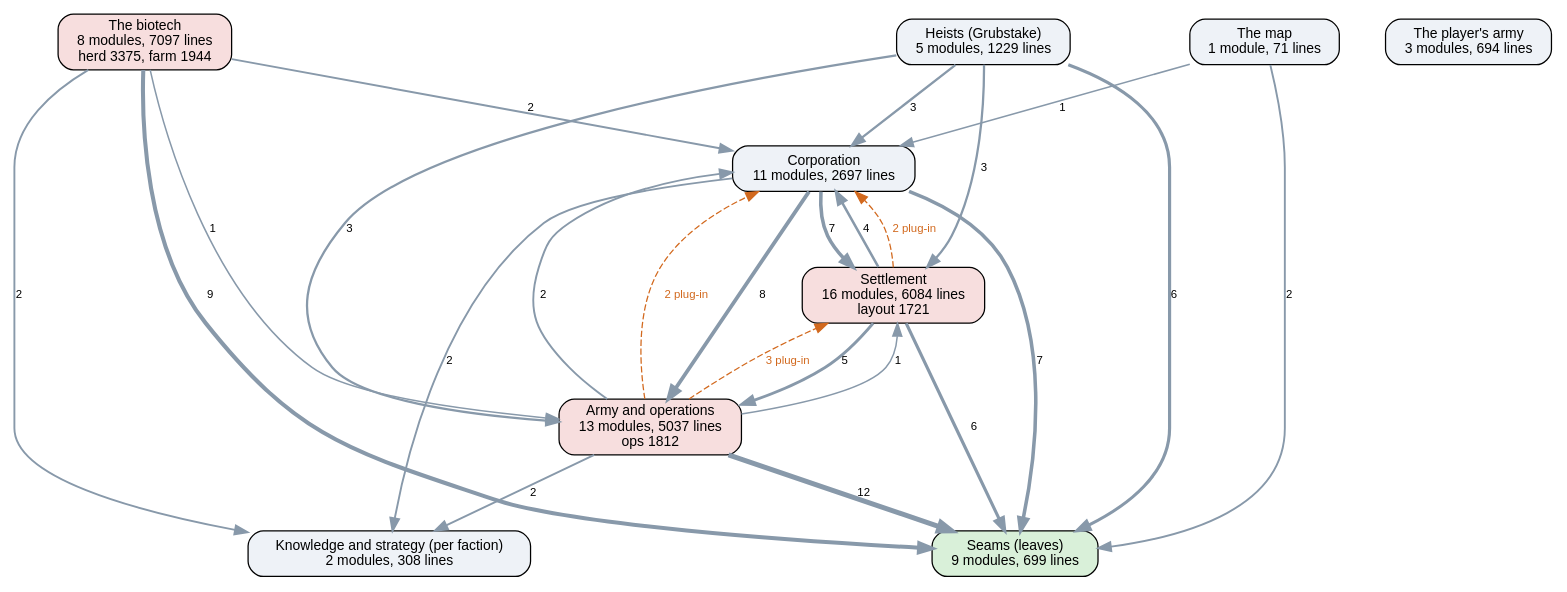
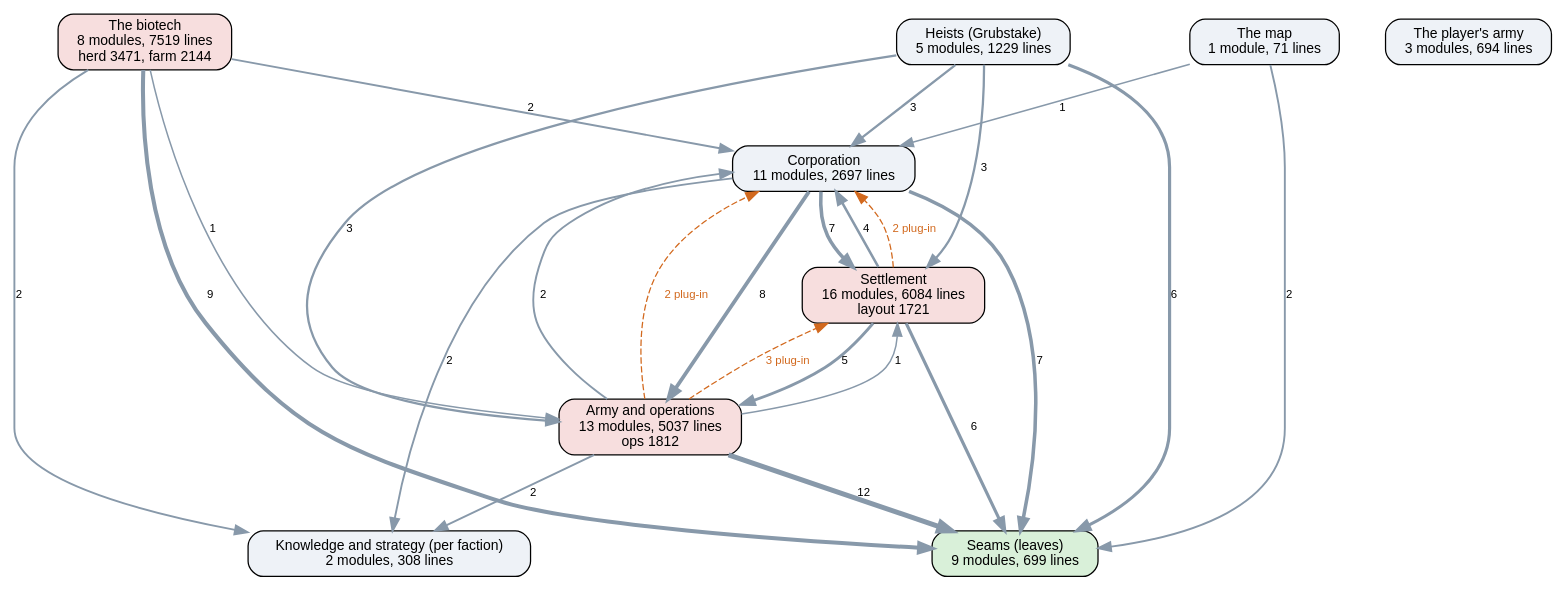
One commit to kinelhu/landing-party changed the diagram in docs/ai-layers.dot. Above: the diagram before and after it, drawn with Graphviz. The commit also changed 13 other files, not shown here.

```diff
--- a/docs/ai-layers.dot
+++ b/docs/ai-layers.dot
@@ -1,38 +1,38 @@
 digraph layers {
   graph [rankdir=TB, fontname="Helvetica", nodesep=0.5, ranksep=0.7];
   node [shape=box, style="rounded,filled", fontname="Helvetica", fontsize=11, fillcolor="#eef2f7"];
   edge [color="#8899aa", fontname="Helvetica", fontsize=9];
   "Seams (leaves)" [label="Seams (leaves)\n9 modules, 699 lines", fillcolor="#d9f0d9"];
   "Knowledge and strategy (per faction)" [label="Knowledge and strategy (per faction)\n2 modules, 308 lines", fillcolor="#eef2f7"];
   "Corporation" [label="Corporation\n11 modules, 2697 lines", fillcolor="#eef2f7"];
   "Settlement" [label="Settlement\n16 modules, 6084 lines\nlayout 1721", fillcolor="#f7dede"];
   "Army and operations" [label="Army and operations\n13 modules, 5037 lines\nops 1812", fillcolor="#f7dede"];
   "Heists (Grubstake)" [label="Heists (Grubstake)\n5 modules, 1229 lines", fillcolor="#eef2f7"];
-  "The biotech" [label="The biotech\n8 modules, 7097 lines\nherd 3375, farm 1944", fillcolor="#f7dede"];
+  "The biotech" [label="The biotech\n8 modules, 7519 lines\nherd 3471, farm 2144", fillcolor="#f7dede"];
   "The map" [label="The map\n1 module, 71 lines", fillcolor="#eef2f7"];
   "The player's army" [label="The player's army\n3 modules, 694 lines", fillcolor="#eef2f7"];
   "Army and operations" -> "Corporation" [label="2", penwidth=1.5];
   "Army and operations" -> "Knowledge and strategy (per faction)" [label="2", penwidth=1.5];
   "Army and operations" -> "Seams (leaves)" [label="12", penwidth=4.0];
   "Army and operations" -> "Settlement" [label="1", penwidth=1.2];
   "Corporation" -> "Army and operations" [label="8", penwidth=3.0];
   "Corporation" -> "Knowledge and strategy (per faction)" [label="2", penwidth=1.5];
   "Corporation" -> "Seams (leaves)" [label="7", penwidth=2.8];
   "Corporation" -> "Settlement" [label="7", penwidth=2.8];
   "Heists (Grubstake)" -> "Army and operations" [label="3", penwidth=1.8];
   "Heists (Grubstake)" -> "Corporation" [label="3", penwidth=1.8];
   "Heists (Grubstake)" -> "Seams (leaves)" [label="6", penwidth=2.5];
   "Heists (Grubstake)" -> "Settlement" [label="3", penwidth=1.8];
   "Settlement" -> "Army and operations" [label="5", penwidth=2.2];
   "Settlement" -> "Corporation" [label="4", penwidth=2.0];
   "Settlement" -> "Seams (leaves)" [label="6", penwidth=2.5];
   "The biotech" -> "Army and operations" [label="1", penwidth=1.2];
   "The biotech" -> "Corporation" [label="2", penwidth=1.5];
   "The biotech" -> "Knowledge and strategy (per faction)" [label="2", penwidth=1.5];
   "The biotech" -> "Seams (leaves)" [label="9", penwidth=3.2];
   "The map" -> "Corporation" [label="1", penwidth=1.2];
   "The map" -> "Seams (leaves)" [label="2", penwidth=1.5];
   "Army and operations" -> "Corporation" [style=dashed, color="#d2691e", fontcolor="#d2691e", label="2 plug-in"];
   "Army and operations" -> "Settlement" [style=dashed, color="#d2691e", fontcolor="#d2691e", label="3 plug-in"];
   "Settlement" -> "Corporation" [style=dashed, color="#d2691e", fontcolor="#d2691e", label="2 plug-in"];
 }
```
